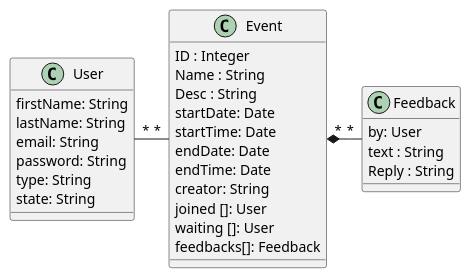
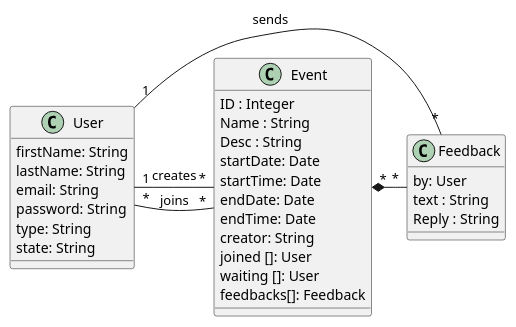
Before and after one commit to OmarAlghamdi/swe363-project-react: the diagram in diagrams/class/class.puml, drawn with PlantUML.

Commit message:
updates class diagram

```diff
--- a/diagrams/class/class.puml
+++ b/diagrams/class/class.puml
@@ -1,33 +1,35 @@
 @startuml
 class User {
     firstName: String
     lastName: String
     email: String
     password: String
     type: String
     state: String
 }
 
 class Event {
    ID : Integer
    Name : String
    Desc : String
    startDate: Date
    startTime: Date
    endDate: Date
    endTime: Date
    creator: String
    joined []: User
    waiting []: User
    feedbacks[]: Feedback
 }
 
 class Feedback {
    by: User
    text : String
    Reply : String
 }
 
-User "*" - "*" Event
+User "1" - "*" Event : creates
+User "*" - "*" Event : joins
+User "1" - "*" Feedback : sends
 Event "*" *- "*" Feedback
 @enduml
```
